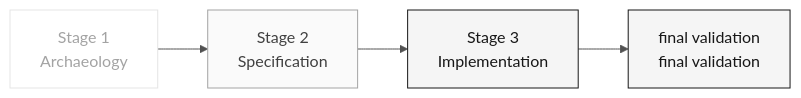
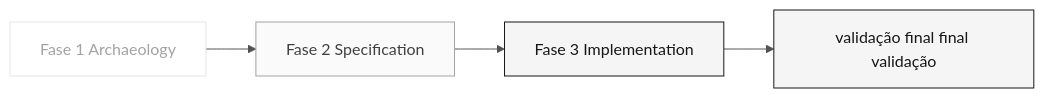
One commit to serpro-workshop-floripa/sifap-workshop-paula-00 changed the diagram in 05-personas/05-technical-lead/PERSONA.md. Above: the diagram before and after it, drawn with Mermaid. The commit also changed other lines of this file and 22 other files, not shown here.

````diff
--- a/05-personas/05-technical-lead/PERSONA.md
+++ b/05-personas/05-technical-lead/PERSONA.md
@@ -32,11 +32,11 @@
 ```mermaid
 %%{init: {'theme':'neutral','themeVariables':{'fontFamily':'ui-sans-serif, system-ui, sans-serif','primaryColor':'#F5F5F5','primaryTextColor':'#171717','primaryBorderColor':'#171717','lineColor':'#525252','secondaryColor':'#FFFFFF','tertiaryColor':'#FAFAFA','background':'#FFFFFF'}}}%%
 flowchart LR
     classDef active fill:#F5F5F5,stroke:#171717,color:#171717
     classDef support fill:#FAFAFA,stroke:#A3A3A3,color:#404040
     classDef inactive fill:#FFFFFF,stroke:#E5E5E5,color:#A3A3A3
 
-    E1["Stage 1<br/>Archaeology"]:::inactive --> E2["Stage 2<br/>Specification"]:::support
-    E2 --> E3["Stage 3<br/>Implementation"]:::active
-    E3 --> E4["final validation<br/>final validation"]:::active
+    E1["Fase 1 <x0/>Archaeology"]:::inactive --> E2["Fase 2 <x0/>Specification"]:::support
+    E2 --> E3["Fase 3 <x0/>Implementation"]:::active
+    E3 --> E4["validação final <x0/>final validação"]:::active
 ```
````
